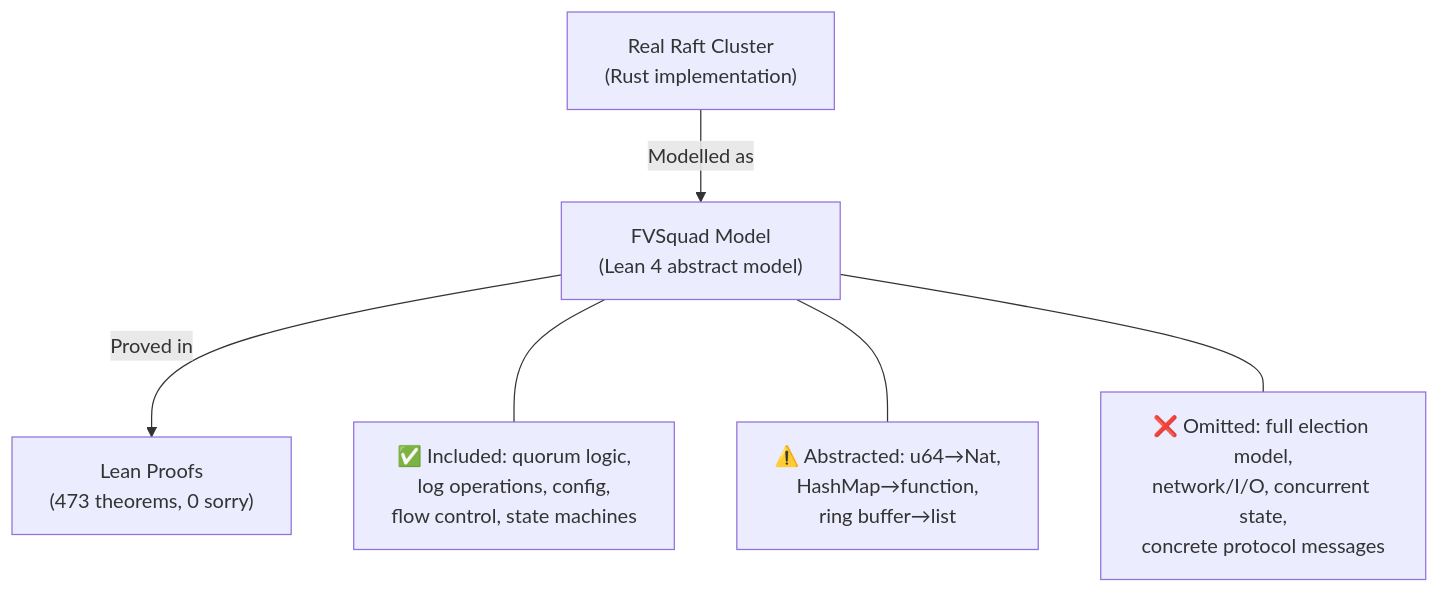
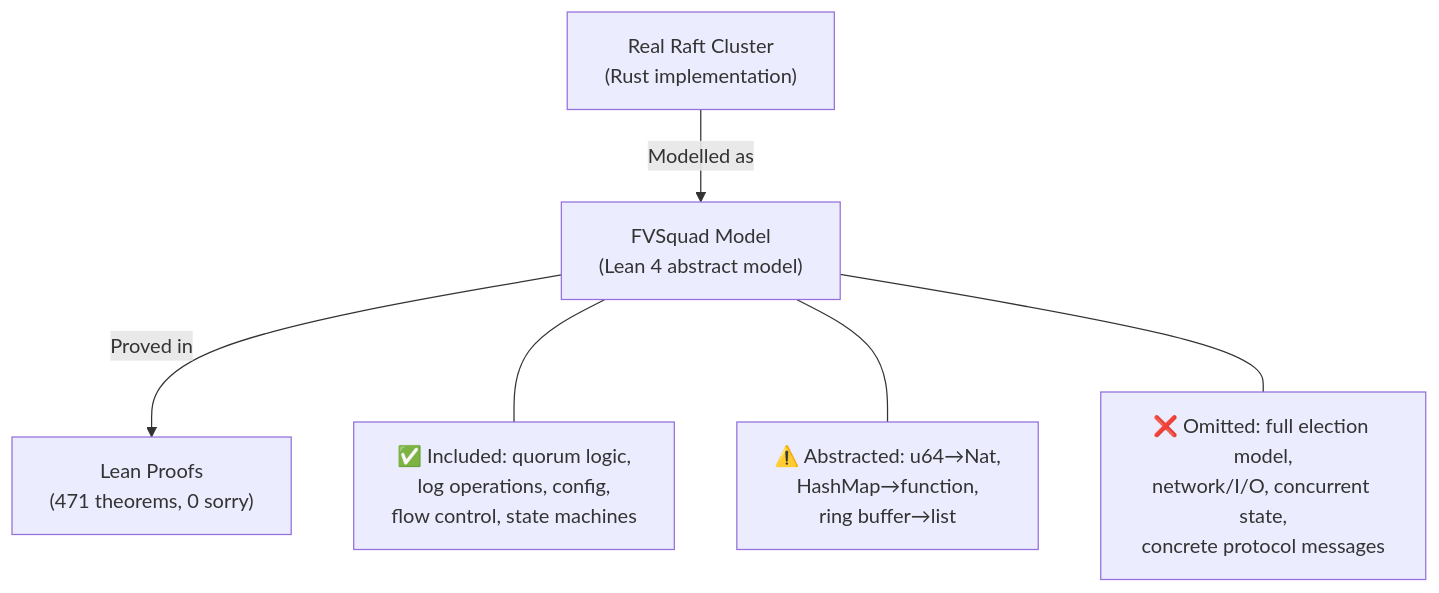
One commit to dsyme/fv-squad changed the ninth of 10 diagrams in formal-verification/REPORT.md. Above: the diagram before and after it, drawn with Mermaid. The commit also changed other lines of this file and 2 other files, not shown here.

````diff
--- a/formal-verification/REPORT.md
+++ b/formal-verification/REPORT.md
@@ -291,17 +297,17 @@
 ```mermaid
 graph TD
     REAL["Real Raft Cluster<br/>(Rust implementation)"]
     MODEL["FVSquad Model<br/>(Lean 4 abstract model)"]
-    PROOF["Lean Proofs<br/>(473 theorems, 0 sorry)"]
+    PROOF["Lean Proofs<br/>(471 theorems, 0 sorry)"]
 
     REAL -->|"Modelled as"| MODEL
     MODEL -->|"Proved in"| PROOF
 
     NOTE1["✅ Included: quorum logic,<br/>log operations, config,<br/>flow control, state machines"]
     NOTE2["⚠️ Abstracted: u64→Nat,<br/>HashMap→function,<br/>ring buffer→list"]
     NOTE3["❌ Omitted: full election model,<br/>network/I/O, concurrent state,<br/>concrete protocol messages"]
 
     MODEL --- NOTE1
     MODEL --- NOTE2
     MODEL --- NOTE3
 ```
````
